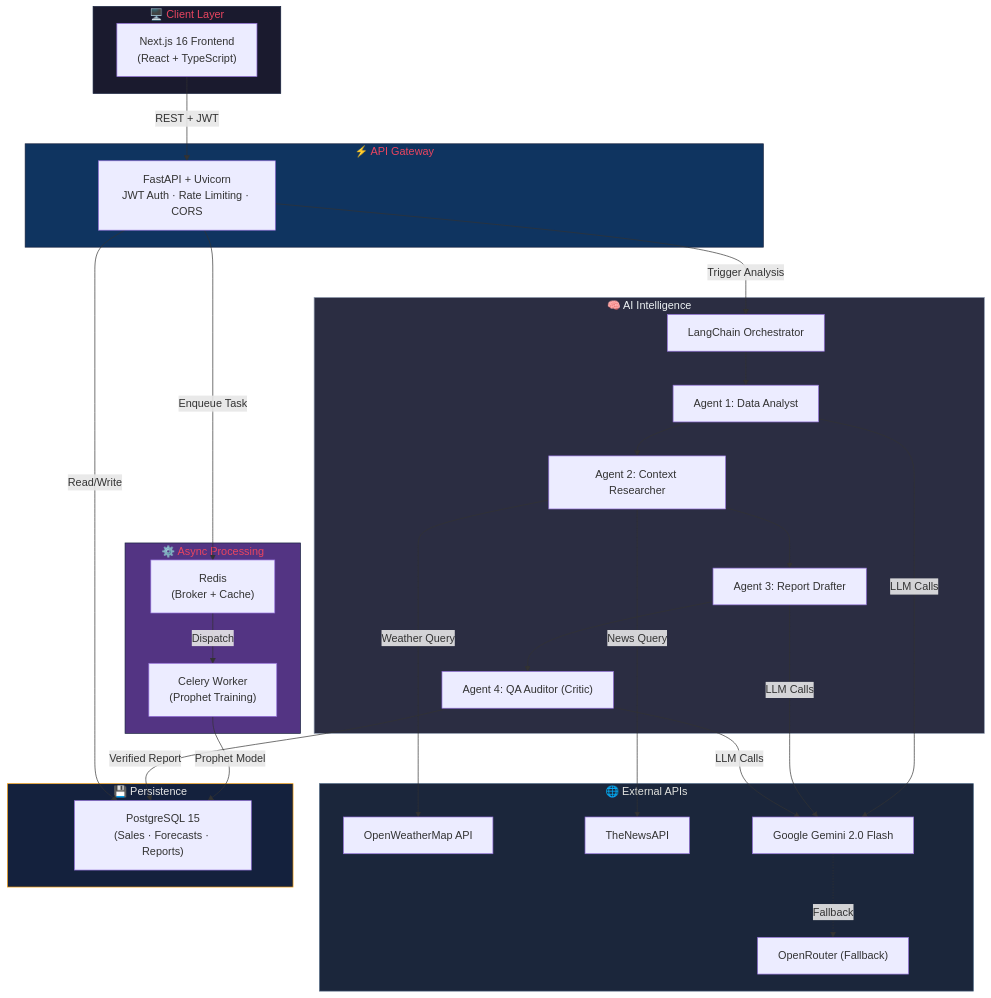
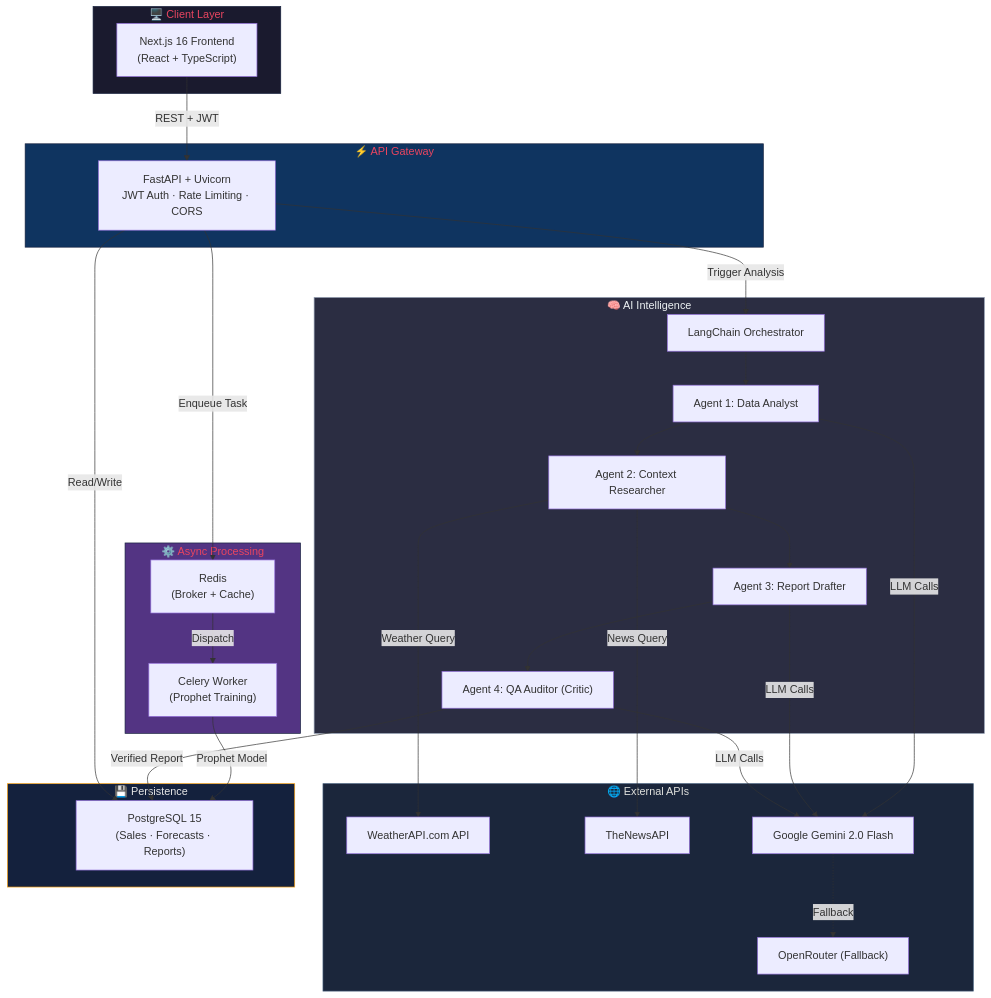
Before and after one commit to adityapichikala/multimodal_demand_forecaster: the diagram in README.md, drawn with Mermaid. The commit also changed other lines of this file, not shown here.

````diff
--- a/README.md
+++ b/README.md
@@ -47,54 +47,54 @@
 ```mermaid
 graph TB
     subgraph Client["🖥️ Client Layer"]
         FE["Next.js 16 Frontend<br/>(React + TypeScript)"]
     end
 
     subgraph API["⚡ API Gateway"]
         FA["FastAPI + Uvicorn<br/>JWT Auth · Rate Limiting · CORS"]
     end
 
     subgraph Workers["⚙️ Async Processing"]
         CW["Celery Worker<br/>(Prophet Training)"]
         RE["Redis<br/>(Broker + Cache)"]
     end
 
     subgraph AI["🧠 AI Intelligence"]
         LC["LangChain Orchestrator"]
         A1["Agent 1: Data Analyst"]
         A2["Agent 2: Context Researcher"]
         A3["Agent 3: Report Drafter"]
         A4["Agent 4: QA Auditor (Critic)"]
     end
 
     subgraph External["🌐 External APIs"]
-        WA["OpenWeatherMap API"]
+        WA["WeatherAPI.com API"]
         NA["TheNewsAPI"]
         GM["Google Gemini 2.0 Flash"]
         OR["OpenRouter (Fallback)"]
     end
 
     subgraph Data["💾 Persistence"]
         PG["PostgreSQL 15<br/>(Sales · Forecasts · Reports)"]
     end
 
     FE -->|"REST + JWT"| FA
     FA -->|"Enqueue Task"| RE
     RE -->|"Dispatch"| CW
     CW -->|"Prophet Model"| PG
     FA -->|"Trigger Analysis"| LC
     LC --> A1 --> A2 --> A3 --> A4
     A2 -->|"Weather Query"| WA
     A2 -->|"News Query"| NA
     A1 & A3 & A4 -->|"LLM Calls"| GM
     GM -.->|"Fallback"| OR
     A4 -->|"Verified Report"| PG
     FA -->|"Read/Write"| PG
 
     style Client fill:#1a1a2e,stroke:#16213e,color:#e94560
     style API fill:#0f3460,stroke:#16213e,color:#e94560
     style Workers fill:#533483,stroke:#16213e,color:#e94560
     style AI fill:#2b2d42,stroke:#8d99ae,color:#edf2f4
     style External fill:#1b263b,stroke:#415a77,color:#e0e1dd
     style Data fill:#14213d,stroke:#fca311,color:#e5e5e5
 ```
````
